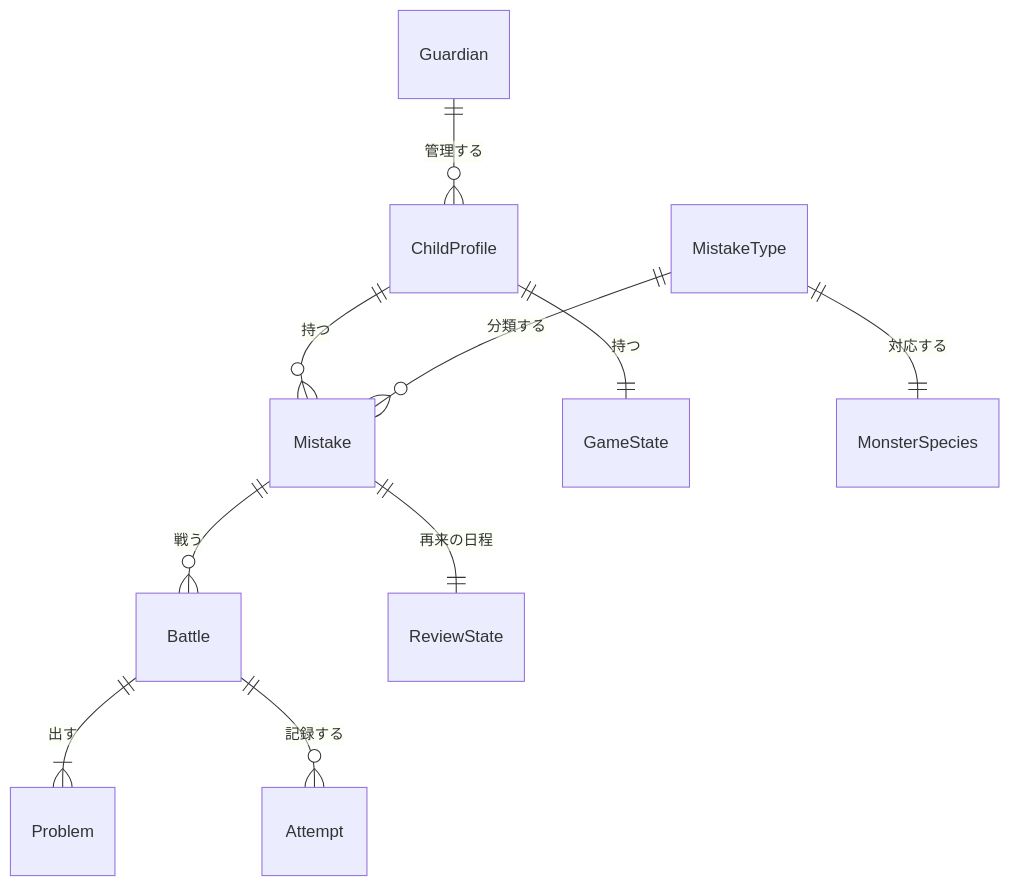
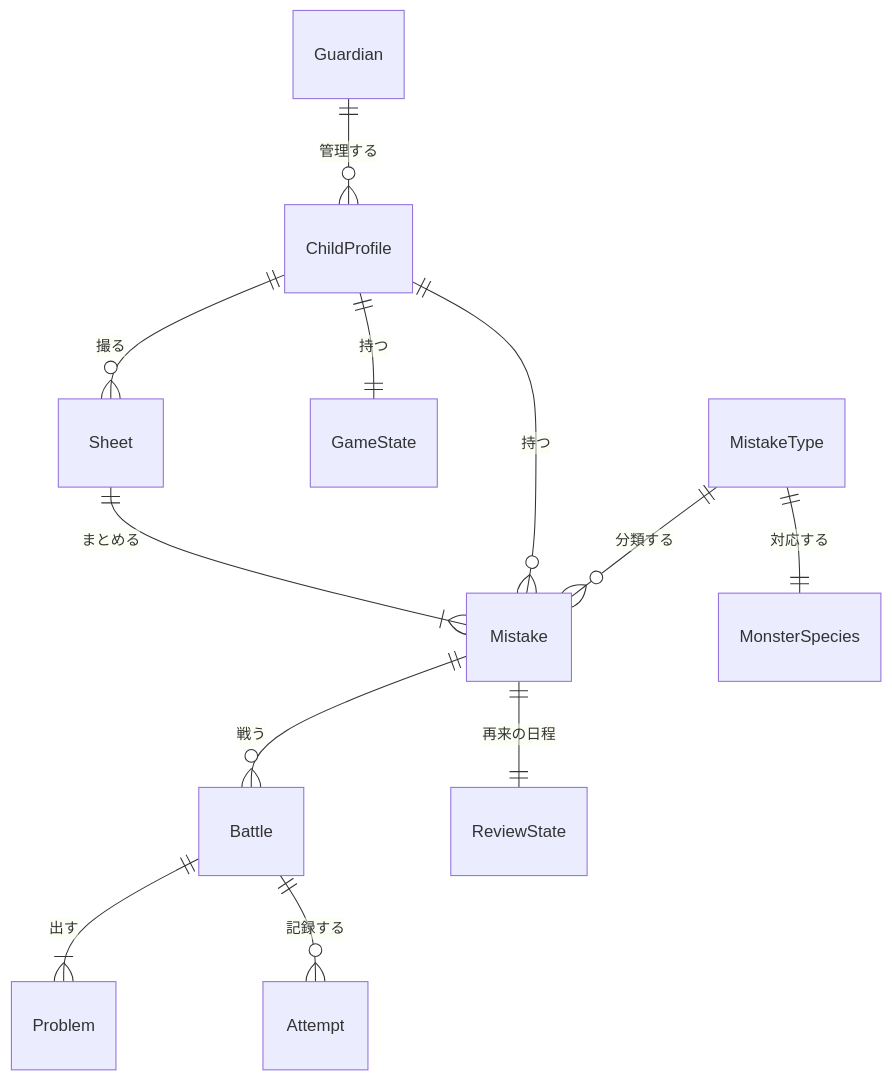
Before and after one commit to norihiko-takahashi/kaeriuchi: the diagram in aidlc-docs/inception/application-design/domain-model.md, drawn with Mermaid. The commit also changed other lines of this file and 7 other files, not shown here.

````diff
--- a/aidlc-docs/inception/application-design/domain-model.md
+++ b/aidlc-docs/inception/application-design/domain-model.md
@@ -5,12 +5,14 @@
 ```mermaid
 erDiagram
   Guardian ||--o{ ChildProfile : "管理する"
+  ChildProfile ||--o{ Sheet : "撮る"
+  Sheet ||--|{ Mistake : "まとめる"
   ChildProfile ||--o{ Mistake : "持つ"
   Mistake ||--o{ Battle : "戦う"
   Battle ||--|{ Problem : "出す"
   Battle ||--o{ Attempt : "記録する"
   Mistake ||--|| ReviewState : "再来の日程"
   ChildProfile ||--|| GameState : "持つ"
   MistakeType ||--o{ Mistake : "分類する"
   MistakeType ||--|| MonsterSpecies : "対応する"
 ```
````
